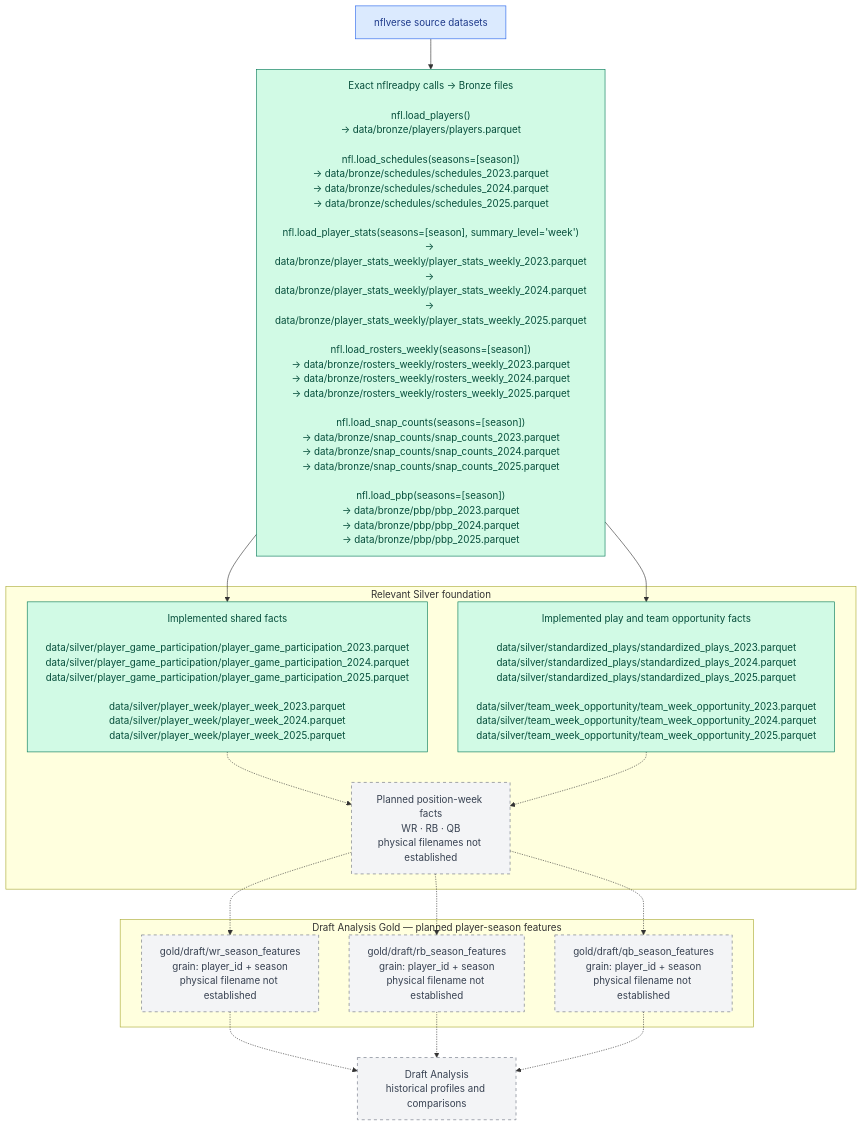
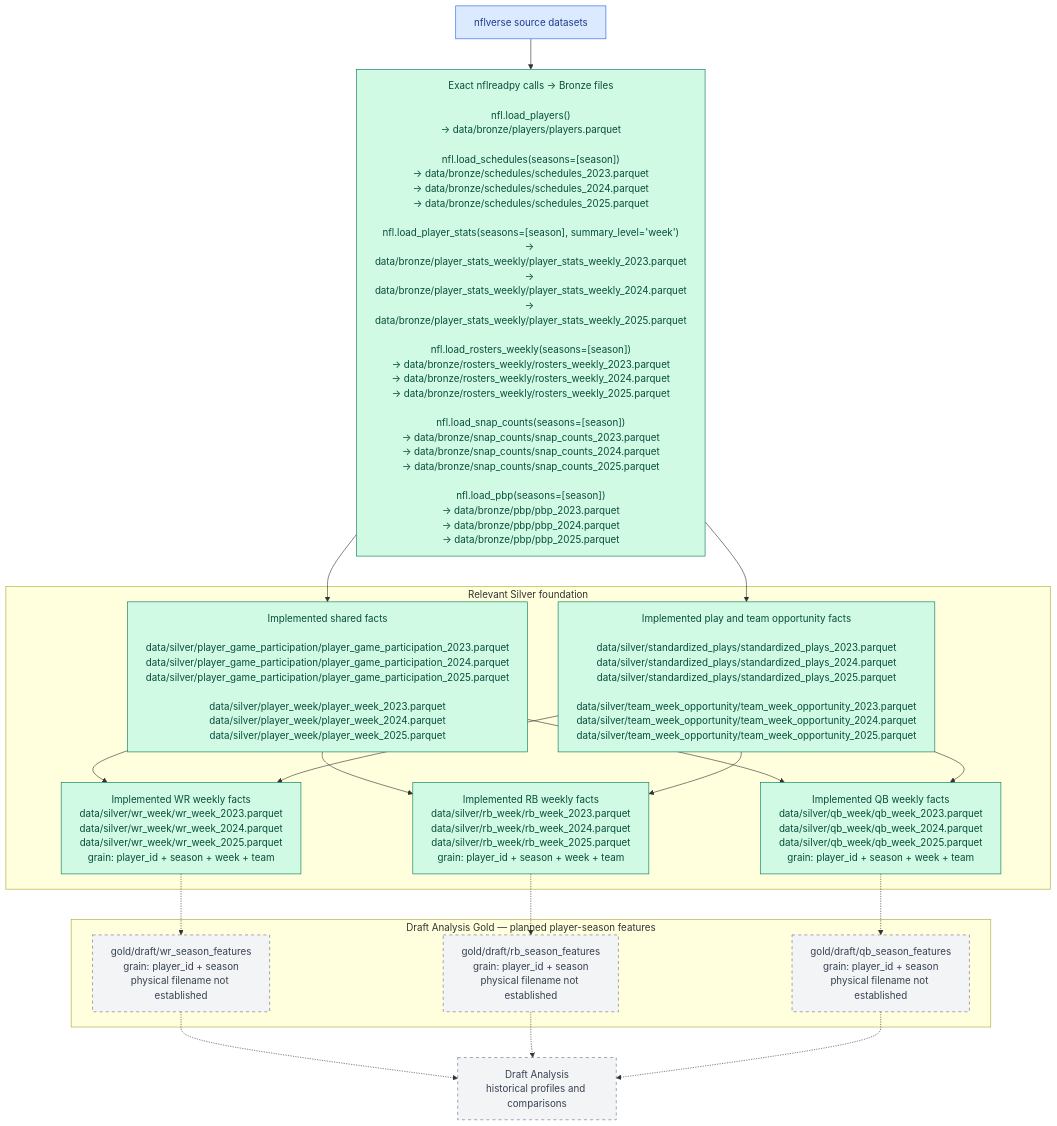
The second of 4 diagrams in docs/data-lineage-by-gold-product.md (ddarby15/nfl-dream-lab-app), drawn with Mermaid before and after one commit. The commit also changed other lines of this file and 5 other files, not shown here.

````diff
--- a/docs/data-lineage-by-gold-product.md
+++ b/docs/data-lineage-by-gold-product.md
@@ -64,38 +70,44 @@
 ```mermaid
 flowchart TB
     SOURCE["nflverse source datasets"]
     B_FILES["Exact nflreadpy calls → Bronze files<br/><br/>nfl.load_players()<br/>→ data/bronze/players/players.parquet<br/><br/>nfl.load_schedules(seasons=[season])<br/>→ data/bronze/schedules/schedules_2023.parquet<br/>→ data/bronze/schedules/schedules_2024.parquet<br/>→ data/bronze/schedules/schedules_2025.parquet<br/><br/>nfl.load_player_stats(seasons=[season], summary_level='week')<br/>→ data/bronze/player_stats_weekly/player_stats_weekly_2023.parquet<br/>→ data/bronze/player_stats_weekly/player_stats_weekly_2024.parquet<br/>→ data/bronze/player_stats_weekly/player_stats_weekly_2025.parquet<br/><br/>nfl.load_rosters_weekly(seasons=[season])<br/>→ data/bronze/rosters_weekly/rosters_weekly_2023.parquet<br/>→ data/bronze/rosters_weekly/rosters_weekly_2024.parquet<br/>→ data/bronze/rosters_weekly/rosters_weekly_2025.parquet<br/><br/>nfl.load_snap_counts(seasons=[season])<br/>→ data/bronze/snap_counts/snap_counts_2023.parquet<br/>→ data/bronze/snap_counts/snap_counts_2024.parquet<br/>→ data/bronze/snap_counts/snap_counts_2025.parquet<br/><br/>nfl.load_pbp(seasons=[season])<br/>→ data/bronze/pbp/pbp_2023.parquet<br/>→ data/bronze/pbp/pbp_2024.parquet<br/>→ data/bronze/pbp/pbp_2025.parquet"]
 
     subgraph Silver["Relevant Silver foundation"]
         S_SHARED["Implemented shared facts<br/><br/>data/silver/player_game_participation/player_game_participation_2023.parquet<br/>data/silver/player_game_participation/player_game_participation_2024.parquet<br/>data/silver/player_game_participation/player_game_participation_2025.parquet<br/><br/>data/silver/player_week/player_week_2023.parquet<br/>data/silver/player_week/player_week_2024.parquet<br/>data/silver/player_week/player_week_2025.parquet"]
         S_OPPORTUNITY["Implemented play and team opportunity facts<br/><br/>data/silver/standardized_plays/standardized_plays_2023.parquet<br/>data/silver/standardized_plays/standardized_plays_2024.parquet<br/>data/silver/standardized_plays/standardized_plays_2025.parquet<br/><br/>data/silver/team_week_opportunity/team_week_opportunity_2023.parquet<br/>data/silver/team_week_opportunity/team_week_opportunity_2024.parquet<br/>data/silver/team_week_opportunity/team_week_opportunity_2025.parquet"]
-        S_POSITION["Planned position-week facts<br/>WR · RB · QB<br/>physical filenames not established"]
+        S_WR["Implemented WR weekly facts<br/>data/silver/wr_week/wr_week_2023.parquet<br/>data/silver/wr_week/wr_week_2024.parquet<br/>data/silver/wr_week/wr_week_2025.parquet<br/>grain: player_id + season + week + team"]
+        S_RB["Implemented RB weekly facts<br/>data/silver/rb_week/rb_week_2023.parquet<br/>data/silver/rb_week/rb_week_2024.parquet<br/>data/silver/rb_week/rb_week_2025.parquet<br/>grain: player_id + season + week + team"]
+        S_QB["Implemented QB weekly facts<br/>data/silver/qb_week/qb_week_2023.parquet<br/>data/silver/qb_week/qb_week_2024.parquet<br/>data/silver/qb_week/qb_week_2025.parquet<br/>grain: player_id + season + week + team"]
     end
 
     subgraph DraftGold["Draft Analysis Gold — planned player-season features"]
         G_WR["gold/draft/wr_season_features<br/>grain: player_id + season<br/>physical filename not established"]
         G_RB["gold/draft/rb_season_features<br/>grain: player_id + season<br/>physical filename not established"]
         G_QB["gold/draft/qb_season_features<br/>grain: player_id + season<br/>physical filename not established"]
     end
 
     DRAFT["Draft Analysis<br/>historical profiles and comparisons"]
 
     SOURCE --> B_FILES --> S_SHARED
     B_FILES --> S_OPPORTUNITY
-    S_SHARED -.-> S_POSITION
-    S_OPPORTUNITY -.-> S_POSITION
-    S_POSITION -.-> G_WR
-    S_POSITION -.-> G_RB
-    S_POSITION -.-> G_QB
+    S_SHARED --> S_WR
+    S_OPPORTUNITY --> S_WR
+    S_SHARED --> S_RB
+    S_OPPORTUNITY --> S_RB
+    S_SHARED --> S_QB
+    S_OPPORTUNITY --> S_QB
+    S_WR -.-> G_WR
+    S_RB -.-> G_RB
+    S_QB -.-> G_QB
     G_WR -.-> DRAFT
     G_RB -.-> DRAFT
     G_QB -.-> DRAFT
 
     classDef source fill:#dbeafe,stroke:#2563eb,color:#1e3a8a;
     classDef built fill:#d1fae5,stroke:#047857,color:#064e3b;
     classDef planned fill:#f3f4f6,stroke:#6b7280,color:#374151,stroke-dasharray:5 5;
 
     class SOURCE source;
-    class B_FILES,S_SHARED,S_OPPORTUNITY built;
-    class S_POSITION,G_WR,G_RB,G_QB,DRAFT planned;
+    class B_FILES,S_SHARED,S_OPPORTUNITY,S_WR,S_RB,S_QB built;
+    class G_WR,G_RB,G_QB,DRAFT planned;
 ```
````
